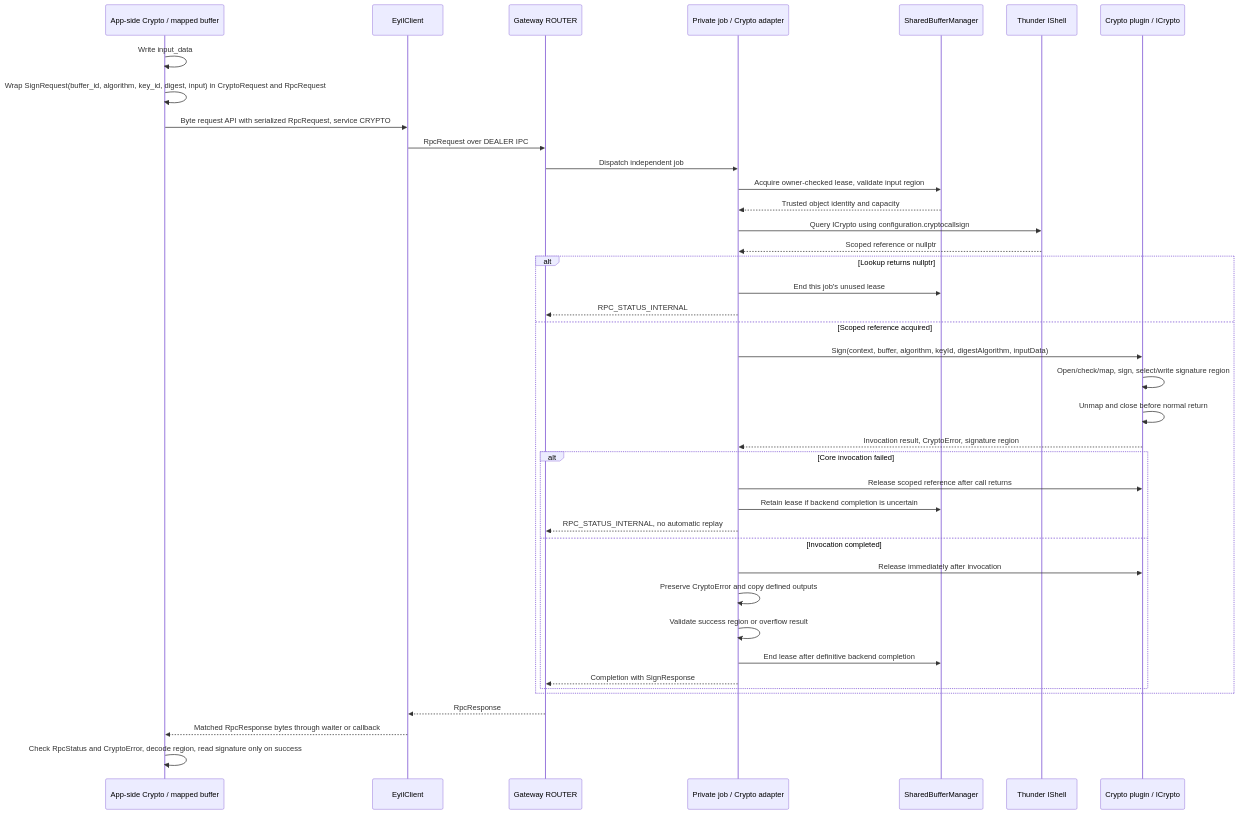
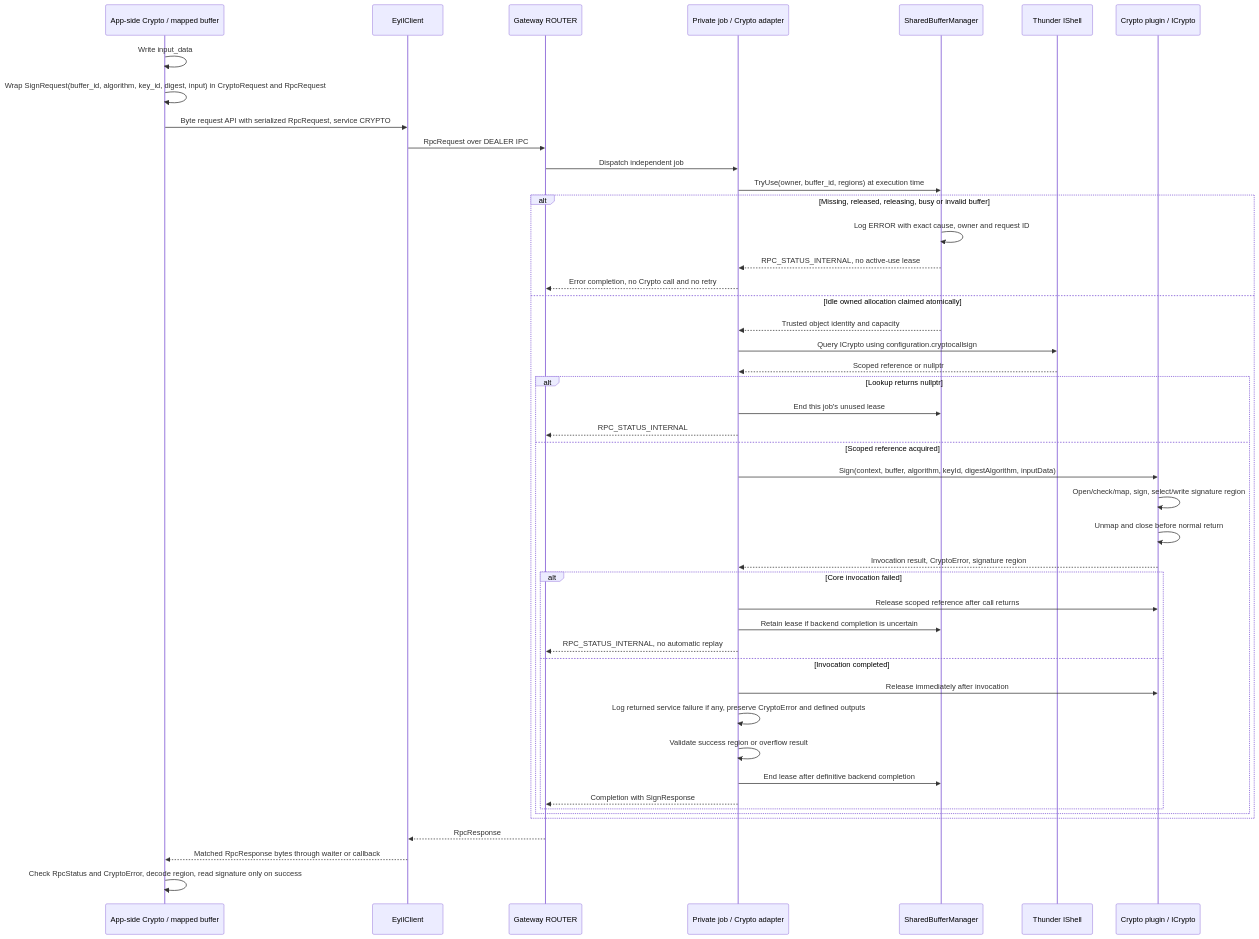
One commit to rdkcentral/eyil-secure-gateway changed diagram 25 of 36 in doc/EyilSecureGateway.md. Above: the diagram before and after it, drawn with Mermaid. The commit also changed other lines of this file and 2 other files, not shown here.

````diff
--- a/doc/EyilSecureGateway.md
+++ b/doc/EyilSecureGateway.md
@@ -3583,42 +3665,48 @@
 ```mermaid
 sequenceDiagram
     participant A as App-side Crypto / mapped buffer
     participant L as EyilClient
     participant R as Gateway ROUTER
     participant J as Private job / Crypto adapter
     participant B as SharedBufferManager
     participant T as Thunder IShell
     participant C as Crypto plugin / ICrypto
     A->>A: Write input_data
     A->>A: Wrap SignRequest(buffer_id, algorithm, key_id, digest, input) in CryptoRequest and RpcRequest
     A->>L: Byte request API with serialized RpcRequest, service CRYPTO
     L->>R: RpcRequest over DEALER IPC
     R->>J: Dispatch independent job
-    J->>B: Acquire owner-checked lease, validate input region
-    B-->>J: Trusted object identity and capacity
-    J->>T: Query ICrypto using configuration.cryptocallsign
-    T-->>J: Scoped reference or nullptr
-    alt Lookup returns nullptr
-        J->>B: End this job's unused lease
-        J-->>R: RPC_STATUS_INTERNAL
-    else Scoped reference acquired
-        J->>C: Sign(context, buffer, algorithm, keyId, digestAlgorithm, inputData)
-        C->>C: Open/check/map, sign, select/write signature region
-        C->>C: Unmap and close before normal return
-        C-->>J: Invocation result, CryptoError, signature region
-        alt Core invocation failed
-            J->>C: Release scoped reference after call returns
-            J->>B: Retain lease if backend completion is uncertain
-            J-->>R: RPC_STATUS_INTERNAL, no automatic replay
-        else Invocation completed
-            J->>C: Release immediately after invocation
-            J->>J: Preserve CryptoError and copy defined outputs
-            J->>J: Validate success region or overflow result
-            J->>B: End lease after definitive backend completion
-            J-->>R: Completion with SignResponse
+    J->>B: TryUse(owner, buffer_id, regions) at execution time
+    alt Missing, released, releasing, busy or invalid buffer
+        B->>B: Log ERROR with exact cause, owner and request ID
+        B-->>J: RPC_STATUS_INTERNAL, no active-use lease
+        J-->>R: Error completion, no Crypto call and no retry
+    else Idle owned allocation claimed atomically
+        B-->>J: Trusted object identity and capacity
+        J->>T: Query ICrypto using configuration.cryptocallsign
+        T-->>J: Scoped reference or nullptr
+        alt Lookup returns nullptr
+            J->>B: End this job's unused lease
+            J-->>R: RPC_STATUS_INTERNAL
+        else Scoped reference acquired
+            J->>C: Sign(context, buffer, algorithm, keyId, digestAlgorithm, inputData)
+            C->>C: Open/check/map, sign, select/write signature region
+            C->>C: Unmap and close before normal return
+            C-->>J: Invocation result, CryptoError, signature region
+            alt Core invocation failed
+                J->>C: Release scoped reference after call returns
+                J->>B: Retain lease if backend completion is uncertain
+                J-->>R: RPC_STATUS_INTERNAL, no automatic replay
+            else Invocation completed
+                J->>C: Release immediately after invocation
+                J->>J: Log returned service failure if any, preserve CryptoError and defined outputs
+                J->>J: Validate success region or overflow result
+                J->>B: End lease after definitive backend completion
+                J-->>R: Completion with SignResponse
+            end
         end
     end
     R-->>L: RpcResponse
     L-->>A: Matched RpcResponse bytes through waiter or callback
     A->>A: Check RpcStatus and CryptoError, decode region, read signature only on success
 ```
````
